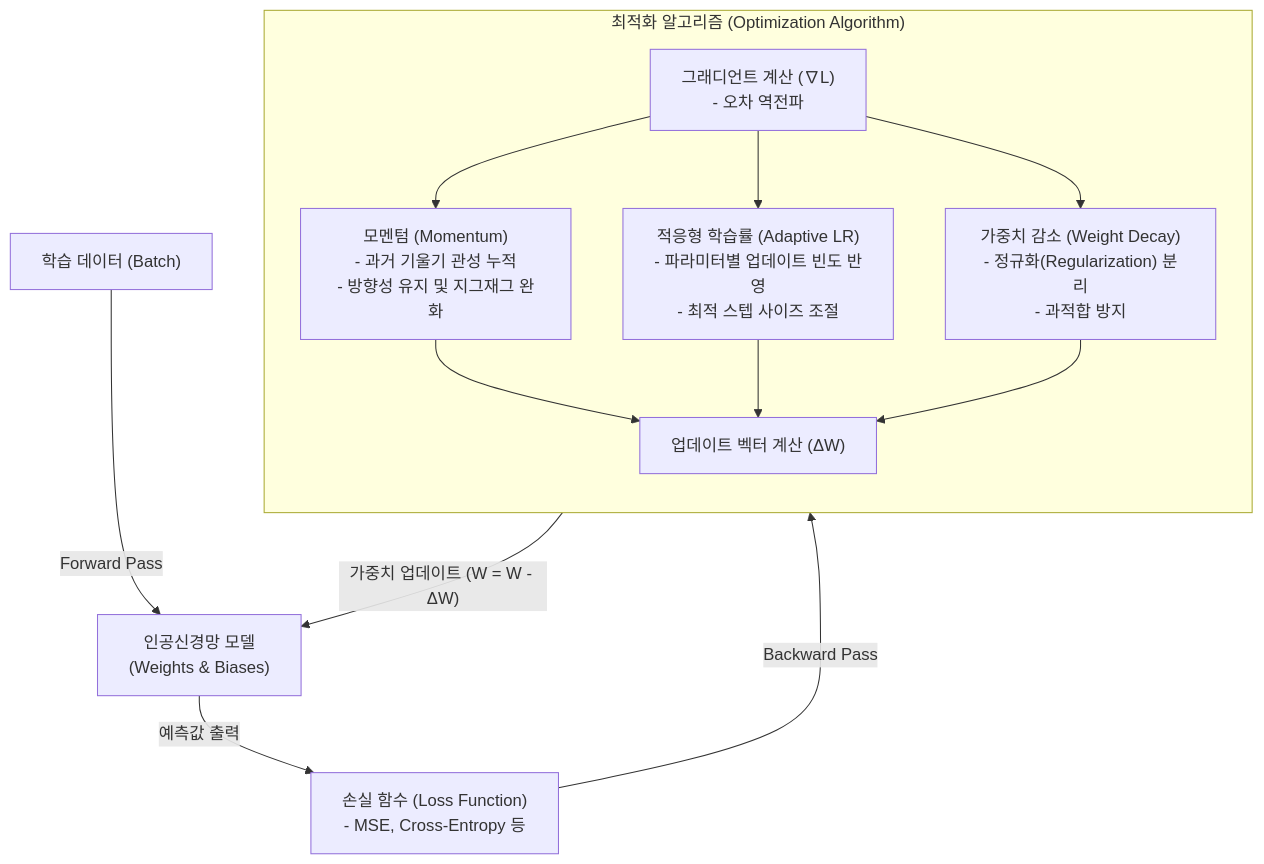
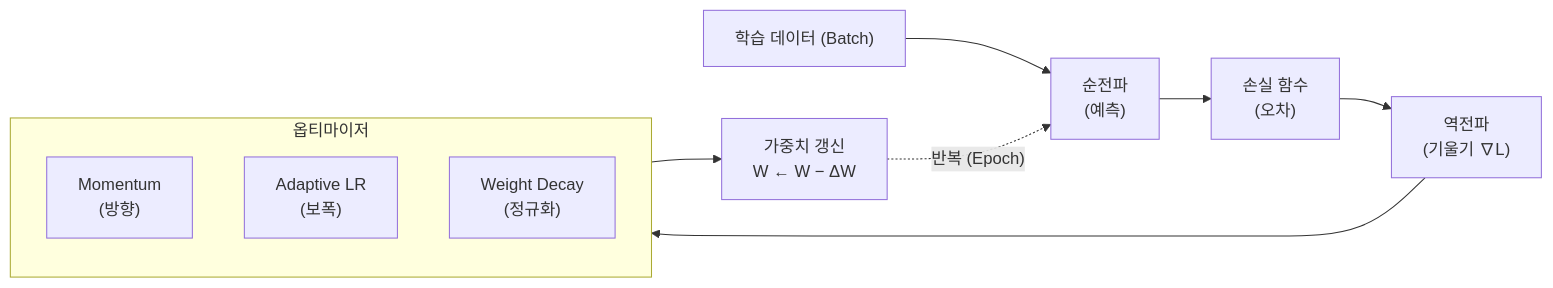
Before and after one commit to supremethumb/supremethumb.github.io: the diagram in content/01_IT Tech/최적화 알고리즘.md, drawn with Mermaid. The commit also changed other lines of this file and 1087 other files, not shown here.

````diff
--- a/content/01_IT Tech/최적화 알고리즘.md
+++ b/content/01_IT Tech/최적화 알고리즘.md
@@ -25,20 +36,12 @@
 ```mermaid
-flowchart TB
-    Data["학습 데이터 (Batch)"] -->|Forward Pass| Model["인공신경망 모델<br/>(Weights & Biases)"]
-    Model -->|예측값 출력| Loss["손실 함수 (Loss Function)<br/>- MSE, Cross-Entropy 등"]
-    Loss -->|Backward Pass| Grad["그래디언트 계산 (∇L)<br/>- 오차 역전파"]
-    
-    subgraph "최적화 알고리즘 (Optimization Algorithm)"
-        direction TB
-        M["모멘텀 (Momentum)<br/>- 과거 기울기 관성 누적<br/>- 방향성 유지 및 지그재그 완화"] 
-        A["적응형 학습률 (Adaptive LR)<br/>- 파라미터별 업데이트 빈도 반영<br/>- 최적 스텝 사이즈 조절"]
-        W["가중치 감소 (Weight Decay)<br/>- 정규화(Regularization) 분리<br/>- 과적합 방지"]
-        
-        Grad --> M & A & W
-        M & A & W --> Compute["업데이트 벡터 계산 (ΔW)"]
+flowchart LR
+    X["학습 데이터 (Batch)"] --> FP["순전파<br/>(예측)"] --> L["손실 함수<br/>(오차)"]
+    L --> BP["역전파<br/>(기울기 ∇L)"]
+    subgraph OPT["옵티마이저"]
+        M["Momentum<br/>(방향)"]
+        A["Adaptive LR<br/>(보폭)"]
+        W["Weight Decay<br/>(정규화)"]
     end
-    
-    Compute -->|"가중치 업데이트 (W = W - ΔW)"| Model
-
-
+    BP --> OPT --> U["가중치 갱신<br/>W ← W − ΔW"]
+    U -. "반복 (Epoch)" .-> FP
 ```
````
